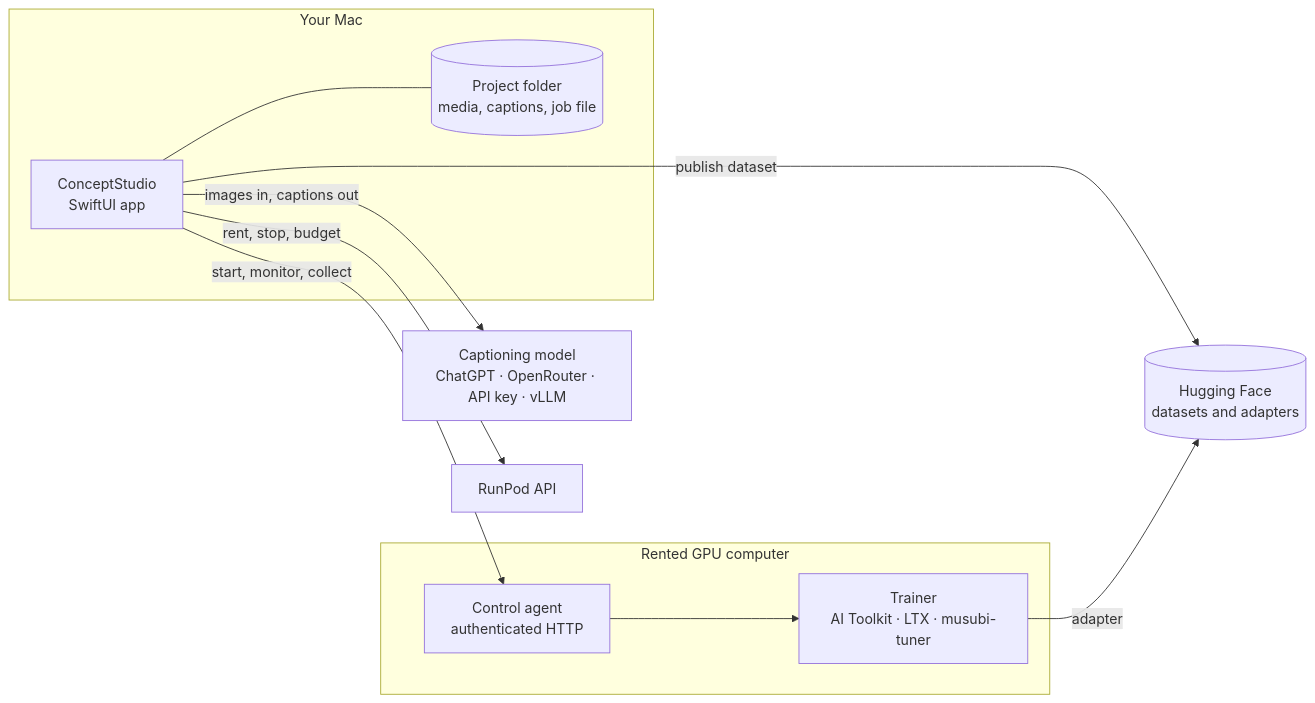
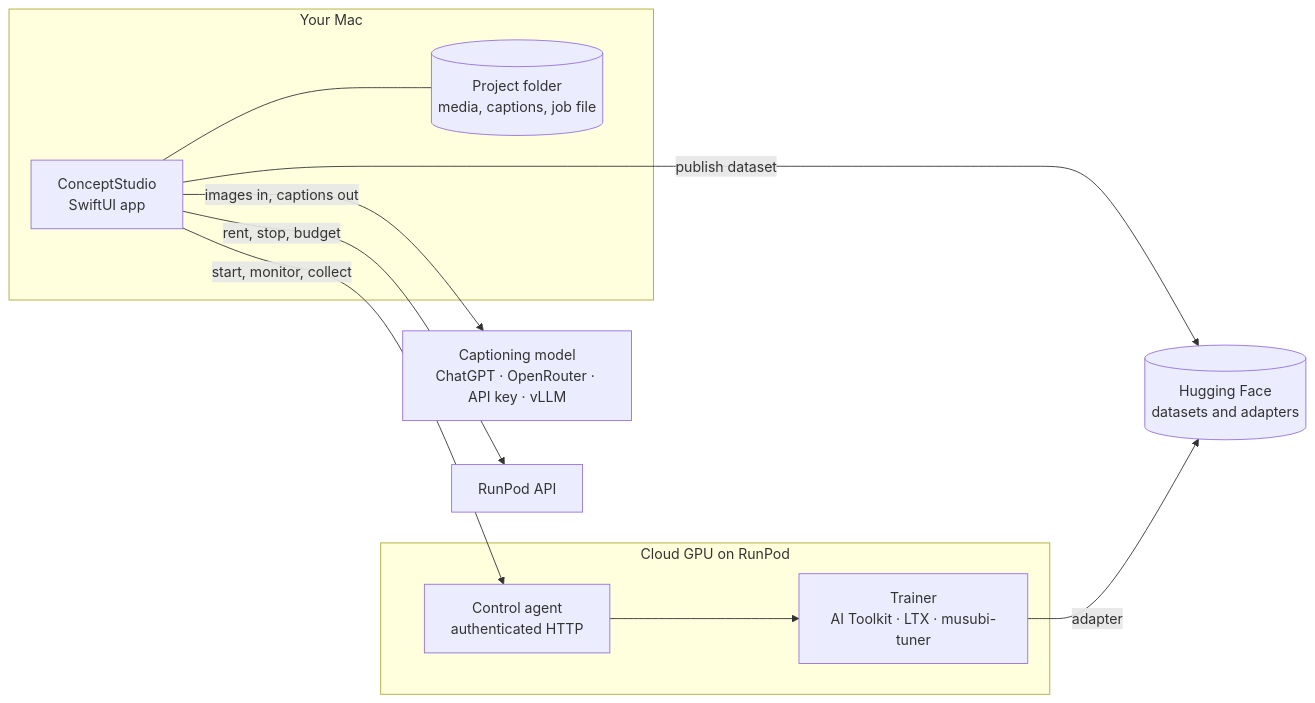
Before and after one commit to RationallyPrime/concept-studio: the diagram in README.md, drawn with Mermaid. The commit also changed other lines of this file, not shown here.

Commit message:
README: cloud GPU wording, the GPU list, self-hosted captioning and Community Cloud

````diff
--- a/README.md
+++ b/README.md
@@ -95,20 +97,20 @@
 ```mermaid
 flowchart LR
     subgraph Mac["Your Mac"]
         App["ConceptStudio<br/>SwiftUI app"]
         Folder[("Project folder<br/>media, captions, job file")]
     end
     LLM["Captioning model<br/>ChatGPT · OpenRouter · API key · vLLM"]
     HF[("Hugging Face<br/>datasets and adapters")]
-    subgraph Pod["Rented GPU computer"]
+    subgraph Pod["Cloud GPU on RunPod"]
         Agent["Control agent<br/>authenticated HTTP"]
         Trainer["Trainer<br/>AI Toolkit · LTX · musubi-tuner"]
         Agent --> Trainer
     end
     App --- Folder
     App -->|images in, captions out| LLM
     App -->|publish dataset| HF
     App -->|rent, stop, budget| RunPod["RunPod API"]
     App -->|start, monitor, collect| Agent
     Trainer -->|adapter| HF
 ```
````
